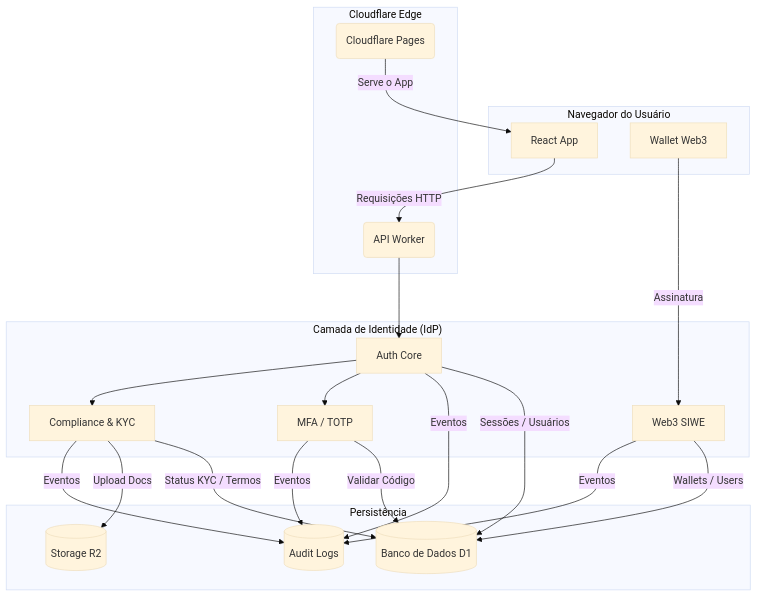
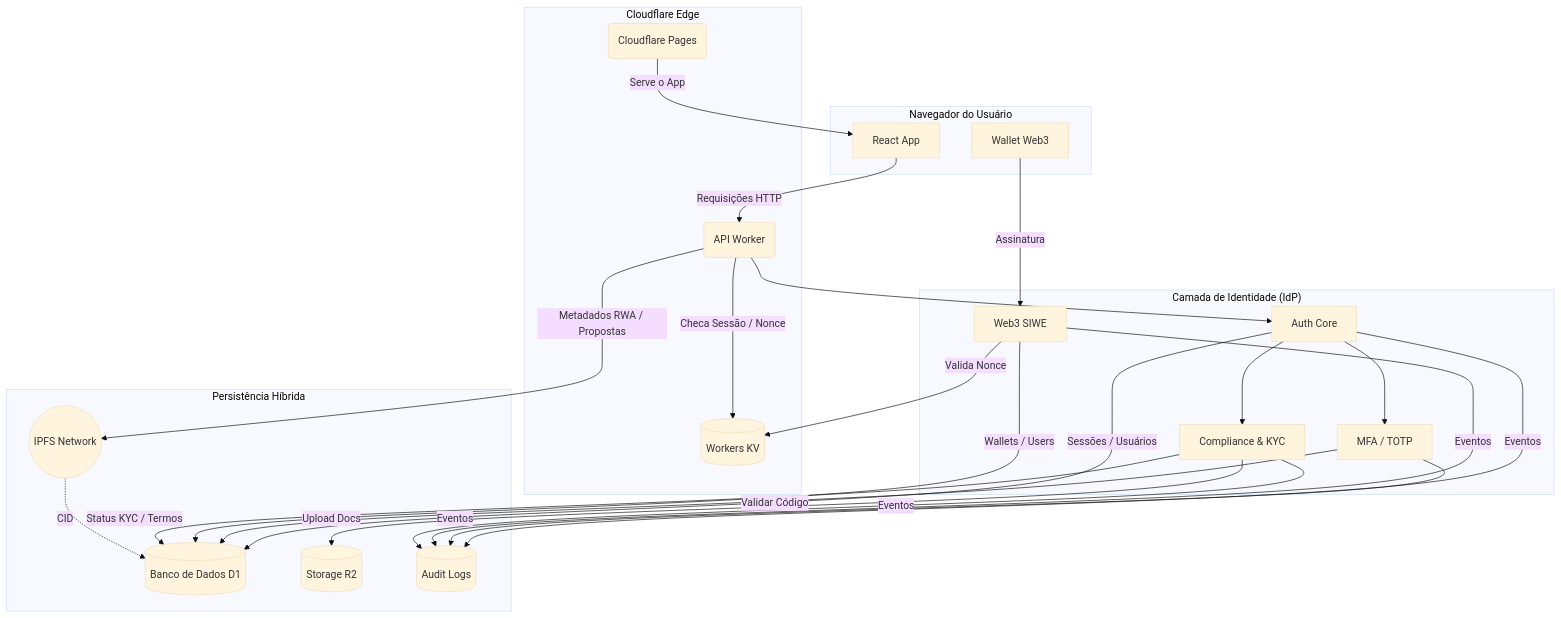
The diagram in README.md (ASPPIBRA-DAO/Gov-System), drawn with Mermaid (base theme) before and after one commit.

Commit message:
Revise flow diagram for architecture
Updated the flow diagram in the README to include new components and connections.

````diff
--- a/README.md
+++ b/README.md
@@ -59,51 +59,68 @@
 ```mermaid
 graph TD
-    subgraph "Navegador do Usuário"
-        A[React App]
-        W[Wallet Web3]
-    end
+subgraph "Navegador do Usuário"
+A[React App]
+W[Wallet Web3]
+end
 
-    subgraph "Cloudflare Edge"
-        B(Cloudflare Pages)
-        C(API Worker)
-    end
 
-    subgraph "Camada de Identidade (IdP)"
-        C1[Auth Core]
-        C2[MFA / TOTP]
-        C3[Web3 SIWE]
-        C4[Compliance & KYC]
-    end
+subgraph "Cloudflare Edge"
+B(Cloudflare Pages)
+C(API Worker)
+K[(Workers KV)]
+end
 
-    subgraph "Persistência"
-        D[(Banco de Dados D1)]
-        E[(Storage R2)]
-        F[(Audit Logs)]
-    end
 
-    %% Fluxo principal
-    B -- Serve o App --> A
-    A -- Requisições HTTP --> C
-    C --> C1
+subgraph "Camada de Identidade (IdP)"
+C1[Auth Core]
+C2[MFA / TOTP]
+C3[Web3 SIWE]
+C4[Compliance & KYC]
+end
 
-    %% Auth & Segurança
-    C1 -- Sessões / Usuários --> D
-    C1 -- Eventos --> F
 
-    %% MFA
-    C1 --> C2
-    C2 -- Validar Código --> D
-    C2 -- Eventos --> F
+subgraph "Persistência Híbrida"
+D[(Banco de Dados D1)]
+E[(Storage R2)]
+I((IPFS Network))
+F[(Audit Logs)]
+end
 
-    %% Web3
-    W -- Assinatura --> C3
-    C3 -- Wallets / Users --> D
-    C3 -- Eventos --> F
 
-    %% Compliance
-    C1 --> C4
-    C4 -- Status KYC / Termos --> D
-    C4 -- Upload Docs --> E
-    C4 -- Eventos --> F
+%% Fluxo principal
+B -- Serve o App --> A
+A -- Requisições HTTP --> C
+C -- Checa Sessão / Nonce --> K
+C --> C1
+
+
+%% Auth & Segurança
+C1 -- Sessões / Usuários --> D
+C1 -- Eventos --> F
+
+
+%% MFA
+C1 --> C2
+C2 -- Validar Código --> D
+C2 -- Eventos --> F
+
+
+%% Web3
+W -- Assinatura --> C3
+C3 -- Valida Nonce --> K
+C3 -- Wallets / Users --> D
+C3 -- Eventos --> F
+
+
+%% Compliance
+C1 --> C4
+C4 -- Status KYC / Termos --> D
+C4 -- Upload Docs --> E
+C4 -- Eventos --> F
+
+
+%% RWA & DAO (Imutabilidade)
+C -- Metadados RWA / Propostas --> I
+I -. CID .-> D
 
 ```
````
